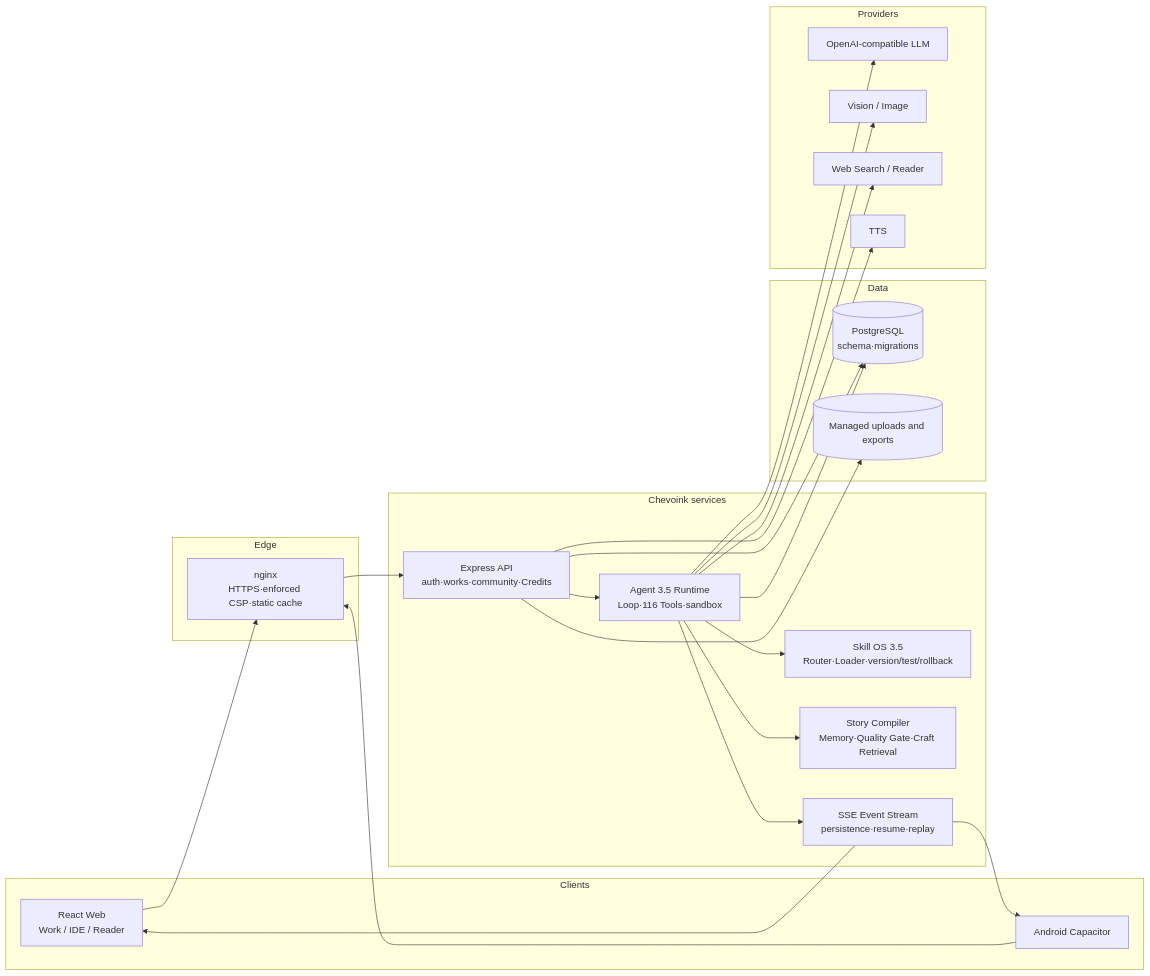
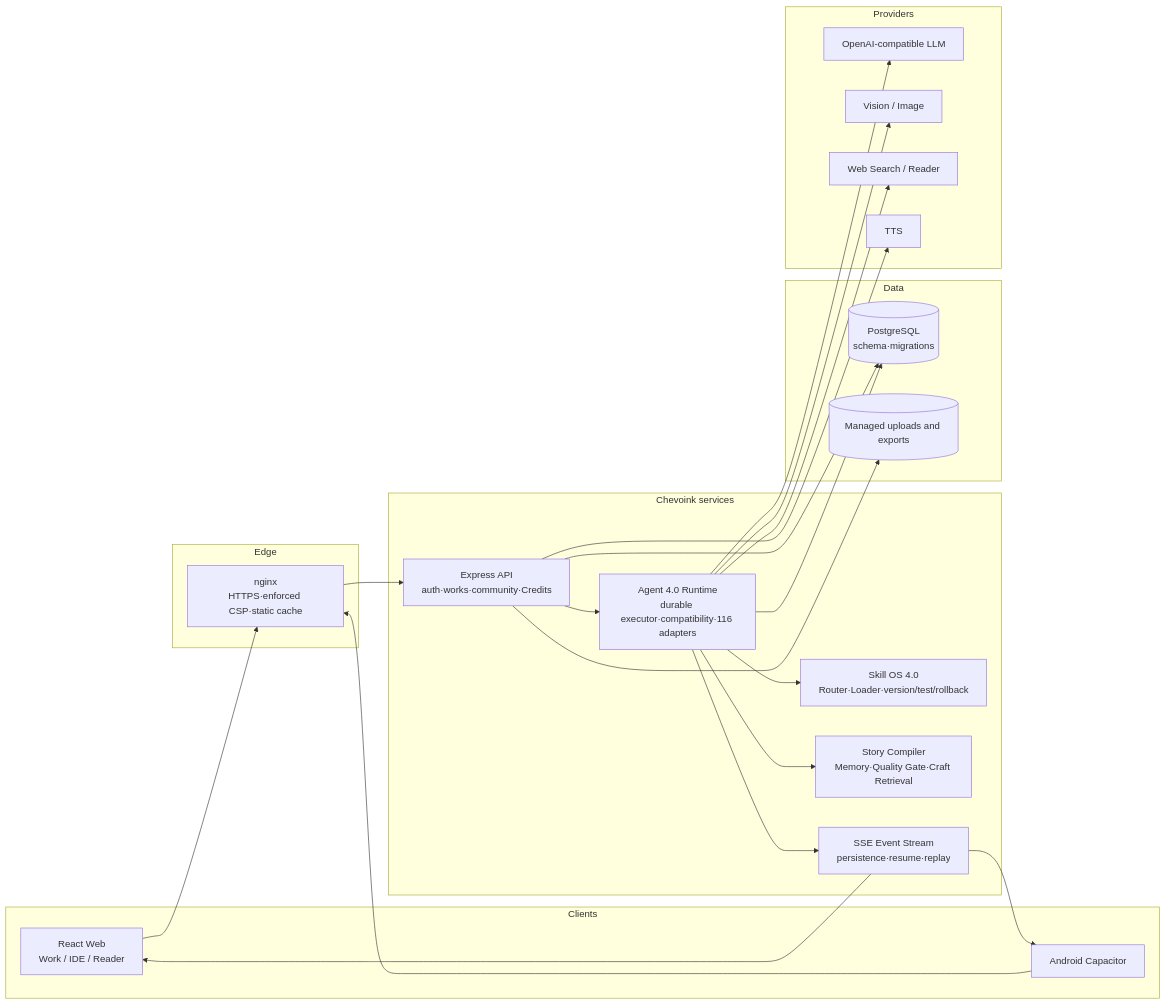
Before and after one commit to Xcy8010/Chevoink: the second of 2 diagrams in README.en.md, drawn with Mermaid. The commit also changed other lines of this file and 21 other files, not shown here.

````diff
--- a/README.en.md
+++ b/README.en.md
@@ -110,43 +104,43 @@
 ```mermaid
 flowchart LR
   subgraph Client[Clients]
     WEB[React Web<br/>Work / IDE / Reader]
     APP[Android Capacitor]
   end
   subgraph Edge[Edge]
     NGINX[nginx<br/>HTTPS·enforced CSP·static cache]
   end
   subgraph Service[Chevoink services]
     API[Express API<br/>auth·works·community·Credits]
-    LOOP[Agent 3.5 Runtime<br/>Loop·116 Tools·sandbox]
-    SKILL[Skill OS 3.5<br/>Router·Loader·version/test/rollback]
+    LOOP[Agent 4.0 Runtime<br/>durable executor·compatibility·116 adapters]
+    SKILL[Skill OS 4.0<br/>Router·Loader·version/test/rollback]
     STORY[Story Compiler<br/>Memory·Quality Gate·Craft Retrieval]
     SSE[SSE Event Stream<br/>persistence·resume·replay]
   end
   subgraph Data[Data]
     PG[(PostgreSQL<br/>schema·migrations)]
     FILES[(Managed uploads and exports)]
   end
   subgraph Providers[Providers]
     LLM[OpenAI-compatible LLM]
     VISION[Vision / Image]
     SEARCH[Web Search / Reader]
     TTS[TTS]
   end
   WEB --> NGINX
   APP --> NGINX
   NGINX --> API
   API --> LOOP
   LOOP --> SKILL
   LOOP --> STORY
   LOOP --> SSE
   API --> PG
   LOOP --> PG
   API --> FILES
   LOOP --> LLM
   LOOP --> VISION
   LOOP --> SEARCH
   API --> TTS
   SSE --> WEB
   SSE --> APP
 ```
````
